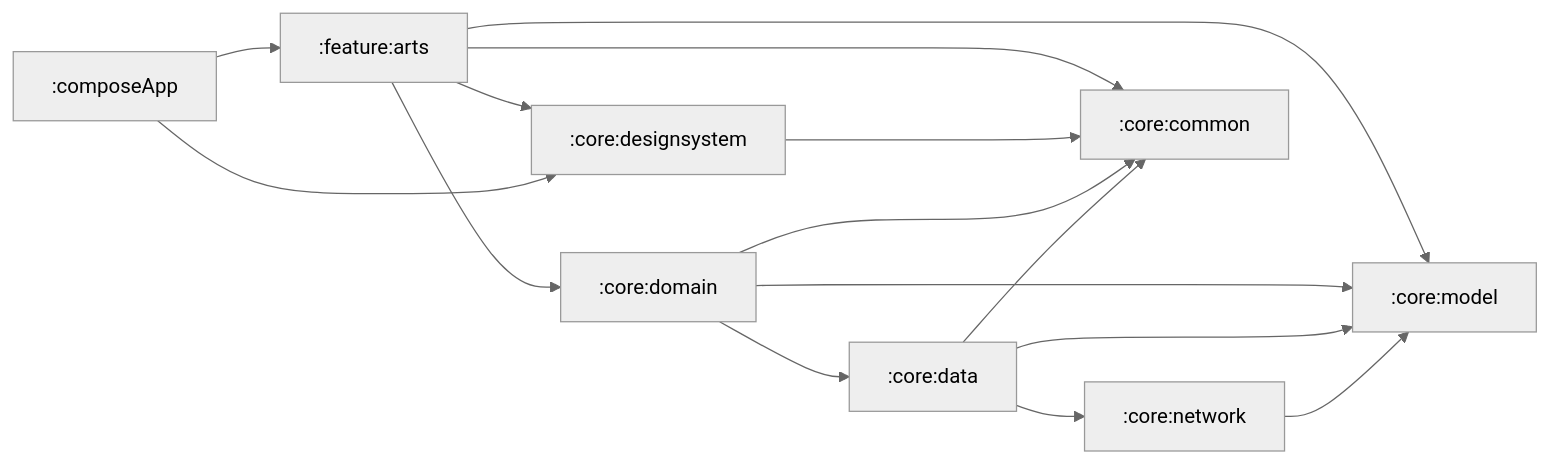
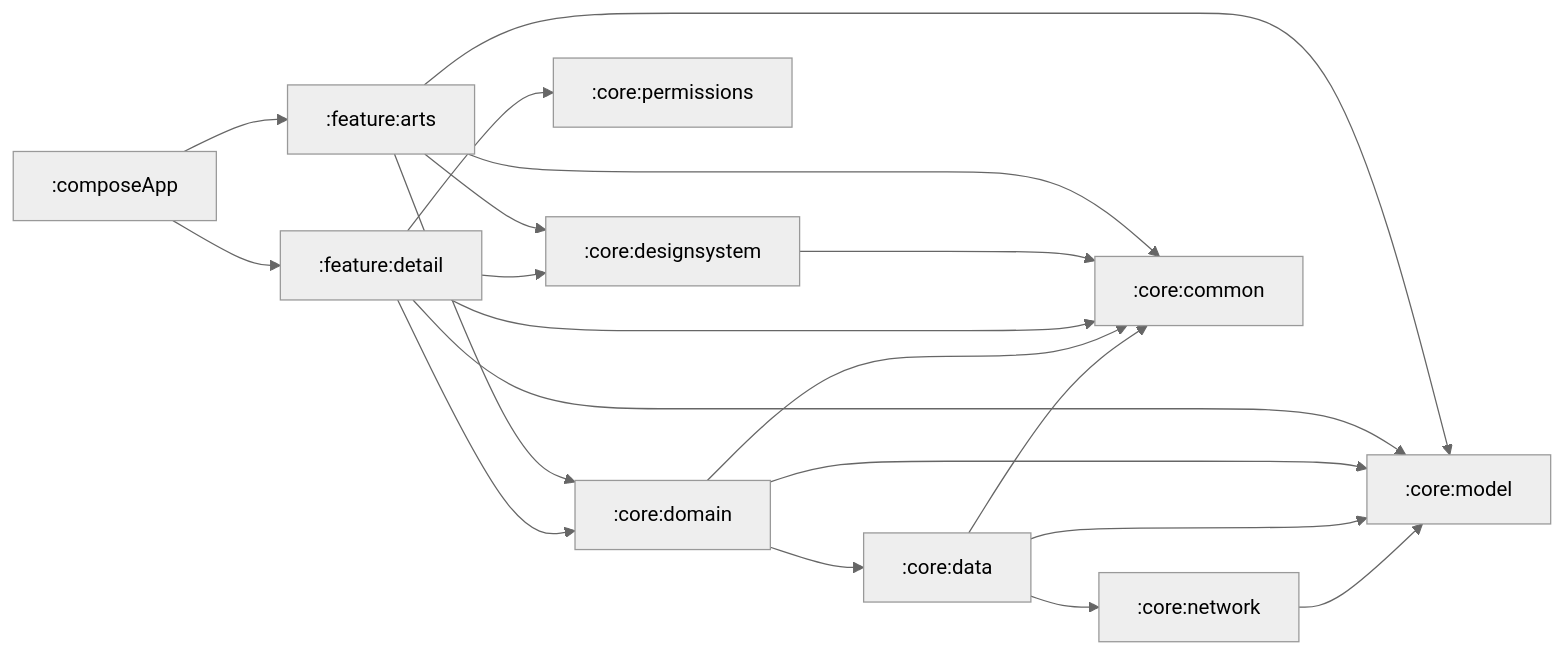
One commit to fethij/Rijksmuseum changed the diagram in README.md. Above: the diagram before and after it, drawn with Mermaid.

Commit message:
update module graph

````diff
--- a/README.md
+++ b/README.md
@@ -89,23 +89,28 @@
 ```mermaid
 %%{
   init: {
     'theme': 'neutral'
   }
 }%%
 
 graph LR
-  :composeApp --> :core:designsystem
   :composeApp --> :feature:arts
+  :composeApp --> :feature:detail
   :core:network --> :core:model
   :core:data --> :core:common
+  :core:data --> :core:network
   :core:data --> :core:model
-  :core:data --> :core:network
   :core:domain --> :core:common
+  :core:domain --> :core:data
   :core:domain --> :core:model
-  :core:domain --> :core:data
+  :feature:detail --> :core:common
+  :feature:detail --> :core:model
+  :feature:detail --> :core:permissions
+  :feature:detail --> :core:domain
+  :feature:detail --> :core:designsystem
   :core:designsystem --> :core:common
   :feature:arts --> :core:common
+  :feature:arts --> :core:domain
   :feature:arts --> :core:model
-  :feature:arts --> :core:domain
   :feature:arts --> :core:designsystem
 ```
````
